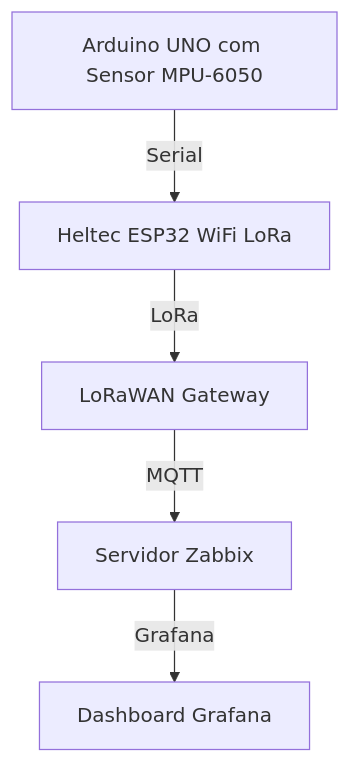
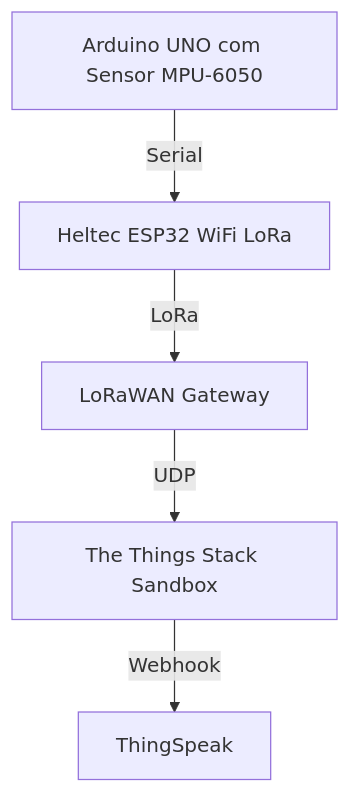
Before and after one commit to RegisBloemer/ubiquos_DEC0021-09655: the diagram in cenarios/cenario-II.md, drawn with Mermaid. The commit also changed other lines of this file and 20 other files, not shown here.

````diff
--- a/cenarios/cenario-II.md
+++ b/cenarios/cenario-II.md
@@ -28,7 +27,7 @@
 ```mermaid
 graph TD
  A[Arduino UNO com Sensor MPU-6050] -->|Serial| B[Heltec ESP32 WiFi LoRa]
    B -->|LoRa| C[LoRaWAN Gateway]
-   C -->|MQTT| D[Servidor Zabbix]
-   D -->|Grafana| E[Dashboard Grafana]
+   C -->|UDP| D[The Things Stack Sandbox]
+   D -->|Webhook| E[ThingSpeak]
 ```
````
